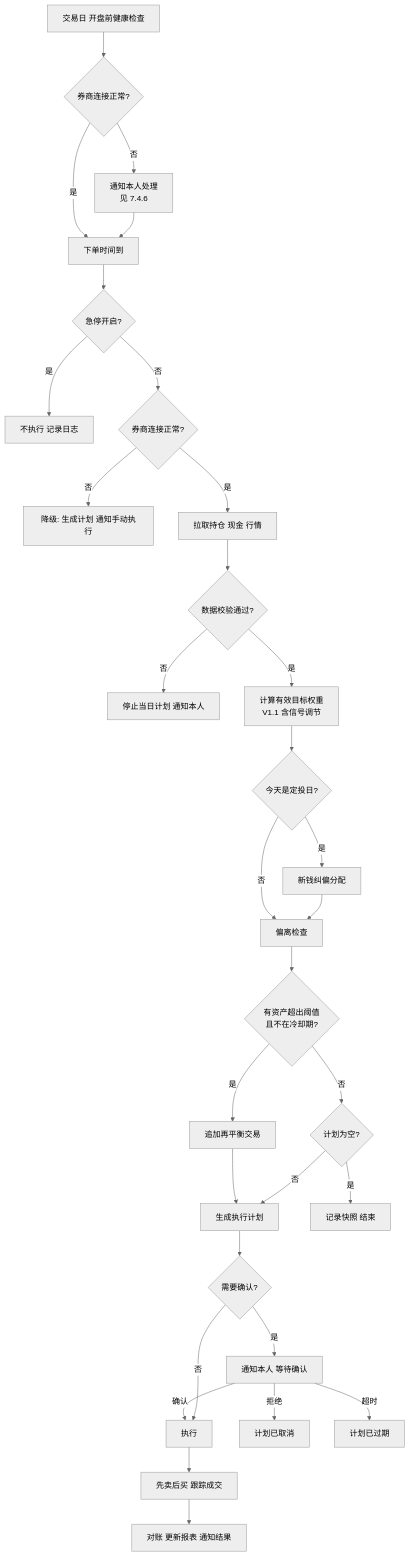
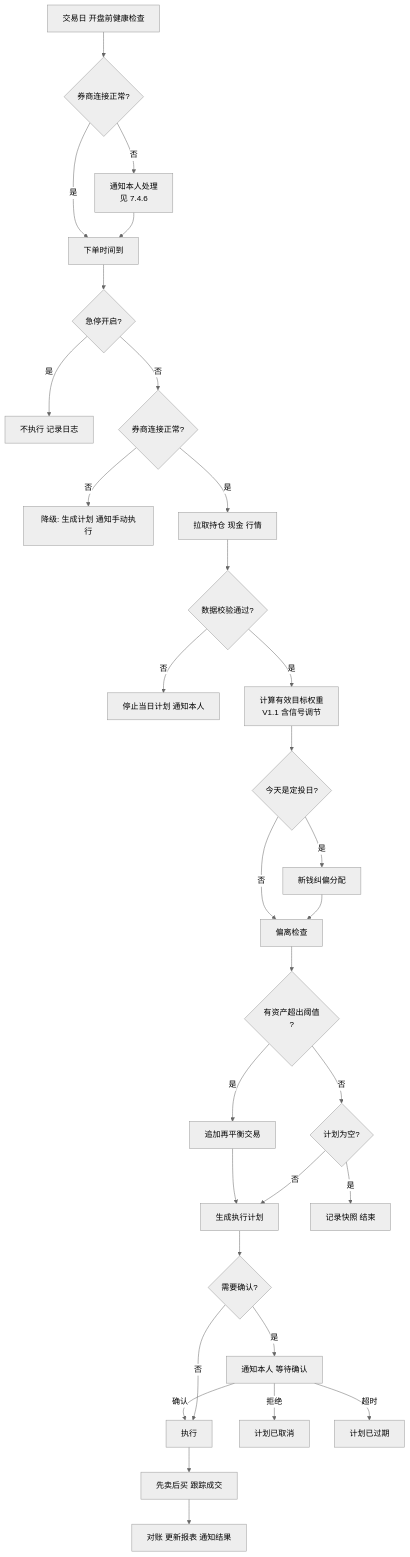
The diagram in docs/产品设计书.md (XiaoyeCodes/Index-Rebalancer), drawn with Mermaid (neutral theme) before and after one commit. The commit also changed other lines of this file and 11 other files, not shown here.

````diff
--- a/docs/产品设计书.md
+++ b/docs/产品设计书.md
@@ -145,33 +145,33 @@
 ```mermaid
 flowchart TD
     A0[交易日 开盘前健康检查] --> A1{券商连接正常?}
     A1 -- 否 --> A2[通知本人处理<br/>见 7.4.6]
     A1 -- 是 --> A[下单时间到]
     A2 --> A
     A --> B{急停开启?}
     B -- 是 --> Z[不执行 记录日志]
     B -- 否 --> B1{券商连接正常?}
     B1 -- 否 --> B2[降级: 生成计划 通知手动执行]
     B1 -- 是 --> C[拉取持仓 现金 行情]
     C --> D{数据校验通过?}
     D -- 否 --> E[停止当日计划 通知本人]
     D -- 是 --> F[计算有效目标权重<br/>V1.1 含信号调节]
     F --> G{今天是定投日?}
     G -- 是 --> H[新钱纠偏分配]
     G -- 否 --> I[偏离检查]
     H --> I
-    I --> J{有资产超出阈值<br/>且不在冷却期?}
+    I --> J{有资产超出阈值<br/>?}
     J -- 是 --> K[追加再平衡交易]
     J -- 否 --> L{计划为空?}
     K --> M[生成执行计划]
     L -- 是 --> N[记录快照 结束]
     L -- 否 --> M
     M --> O{需要确认?}
     O -- 是 --> P[通知本人 等待确认]
     P -- 确认 --> Q[执行]
     P -- 拒绝 --> R[计划已取消]
     P -- 超时 --> S[计划已过期]
     O -- 否 --> Q
     Q --> T[先卖后买 跟踪成交]
     T --> U[对账 更新报表 通知结果]
 ```
````
